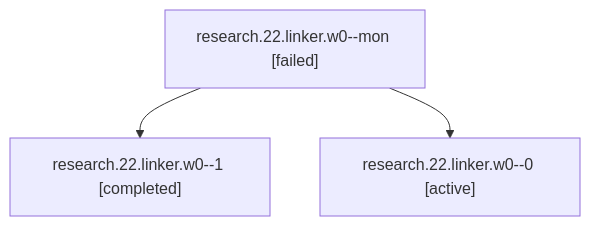
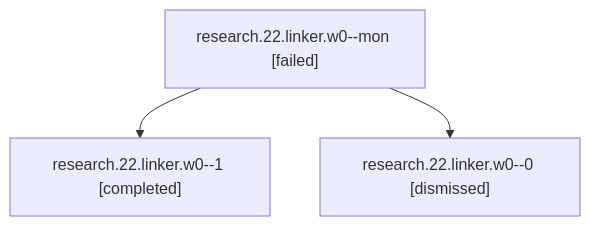
One commit to sase-org/sase--agents changed the diagram in sessions/bbugyi200.apollo.research.22.linker.w0.md. Above: the diagram before and after it, drawn with Mermaid. The commit also changed other lines of this file and 822 other files, not shown here.

````diff
--- a/sessions/bbugyi200.apollo.research.22.linker.w0.md
+++ b/sessions/bbugyi200.apollo.research.22.linker.w0.md
@@ -9,8 +9,8 @@
 ```mermaid
 flowchart TD
   n0["research.22.linker.w0--mon [failed]"]
   n1["research.22.linker.w0--1 [completed]"]
   n0 --> n1
-  n2["research.22.linker.w0--0 [active]"]
+  n2["research.22.linker.w0--0 [dismissed]"]
   n0 --> n2
 ```
````
